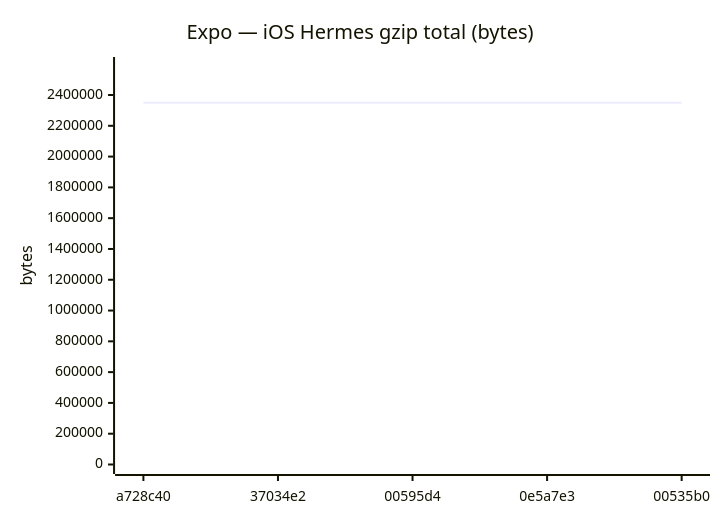
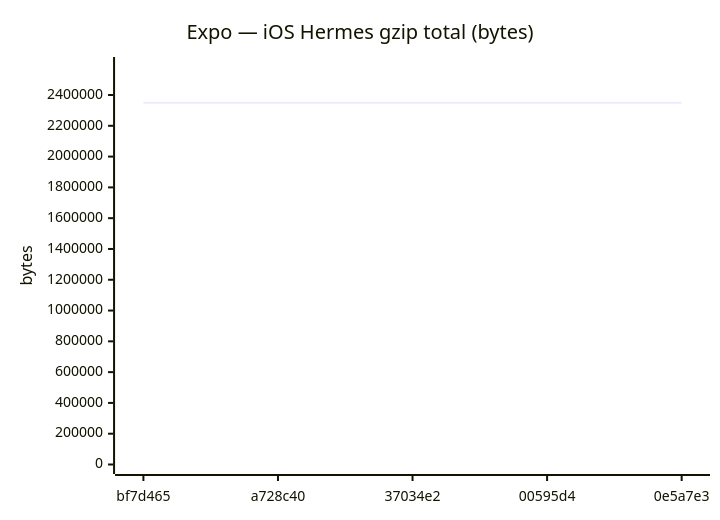
Before and after one commit to Metaheurist/Rianell: diagram 16 of 24 in benchmarks/compare.md, drawn with Mermaid. The commit also changed other lines of this file and 12 other files, not shown here.

````diff
--- a/benchmarks/compare.md
+++ b/benchmarks/compare.md
@@ -224,7 +228,7 @@
 ```mermaid
 xychart-beta
     title "Expo — iOS Hermes gzip total (bytes)"
-    x-axis ["a728c40", "37034e2", "00595d4", "0e5a7e3", "00535b0"]
-    y-axis "bytes" 0 --> 2585193
-    line [2350175, 2350043, 2350046, 2350041, 2349868]
+    x-axis ["bf7d465", "a728c40", "37034e2", "00595d4", "0e5a7e3"]
+    y-axis "bytes" 0 --> 2585196
+    line [2350178, 2350175, 2350043, 2350046, 2350041]
 ```
````
